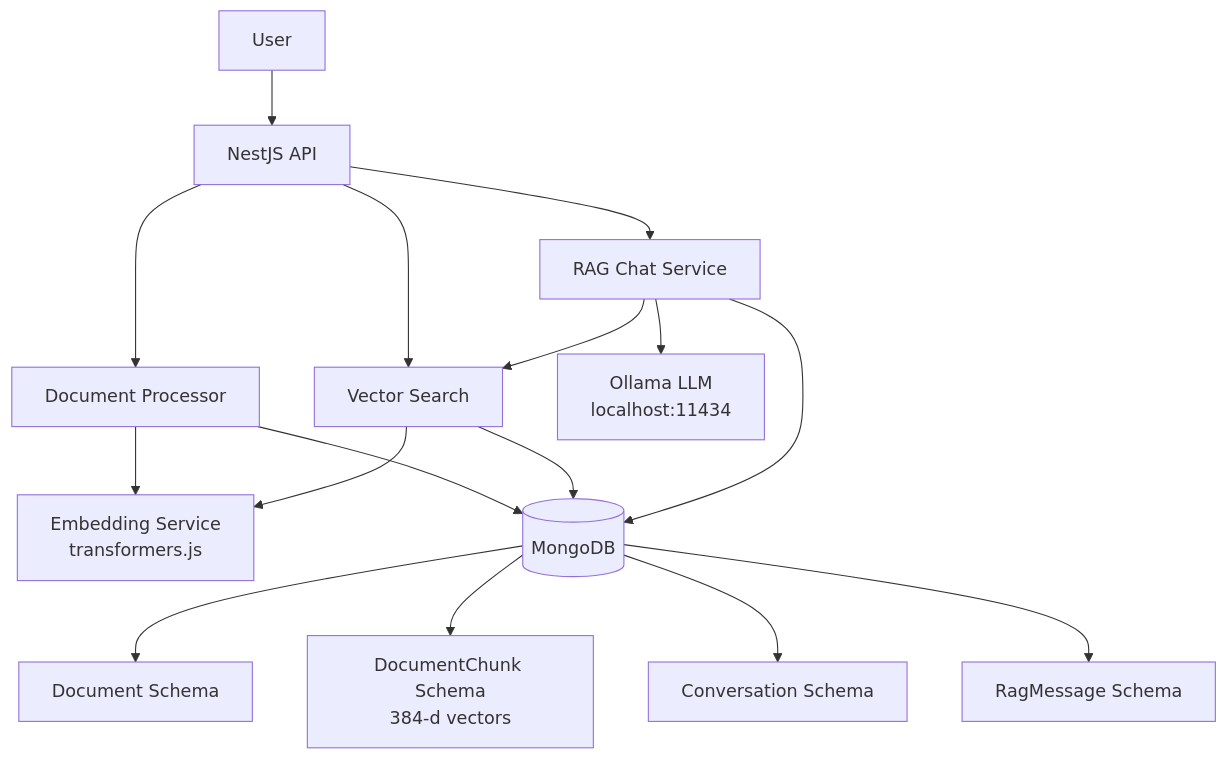
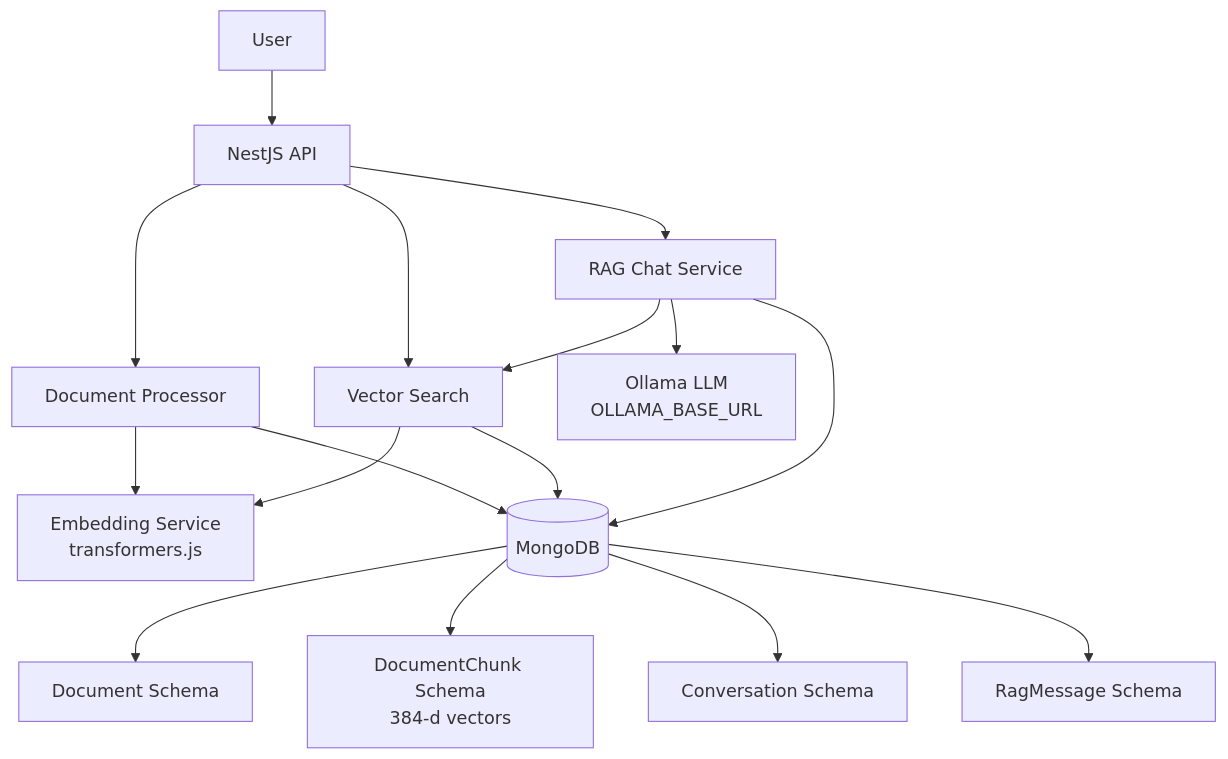
Before and after one commit to shahadathhs/rag: the first of 4 diagrams in docs/RAG_FLOW.md, drawn with Mermaid. The commit also changed other lines of this file, not shown here.

Commit message:
docs: updated rag flow docs

````diff
--- a/docs/RAG_FLOW.md
+++ b/docs/RAG_FLOW.md
@@ -5,22 +5,22 @@
 ```mermaid
 graph TB
     User[User] --> API[NestJS API]
     API --> DocProc[Document Processor]
     API --> VectorSearch[Vector Search]
     API --> RagChat[RAG Chat Service]
 
     DocProc --> Embedding[Embedding Service<br/>transformers.js]
     DocProc --> MongoDB[(MongoDB)]
 
     VectorSearch --> MongoDB
     VectorSearch --> Embedding
 
     RagChat --> VectorSearch
-    RagChat --> Ollama[Ollama LLM<br/>localhost:11434]
+    RagChat --> Ollama[Ollama LLM<br/>OLLAMA_BASE_URL]
     RagChat --> MongoDB
 
     MongoDB --> DocSchema[Document Schema]
     MongoDB --> ChunkSchema[DocumentChunk Schema<br/>384-d vectors]
     MongoDB --> ConvSchema[Conversation Schema]
     MongoDB --> MsgSchema[RagMessage Schema]
 ```
````
